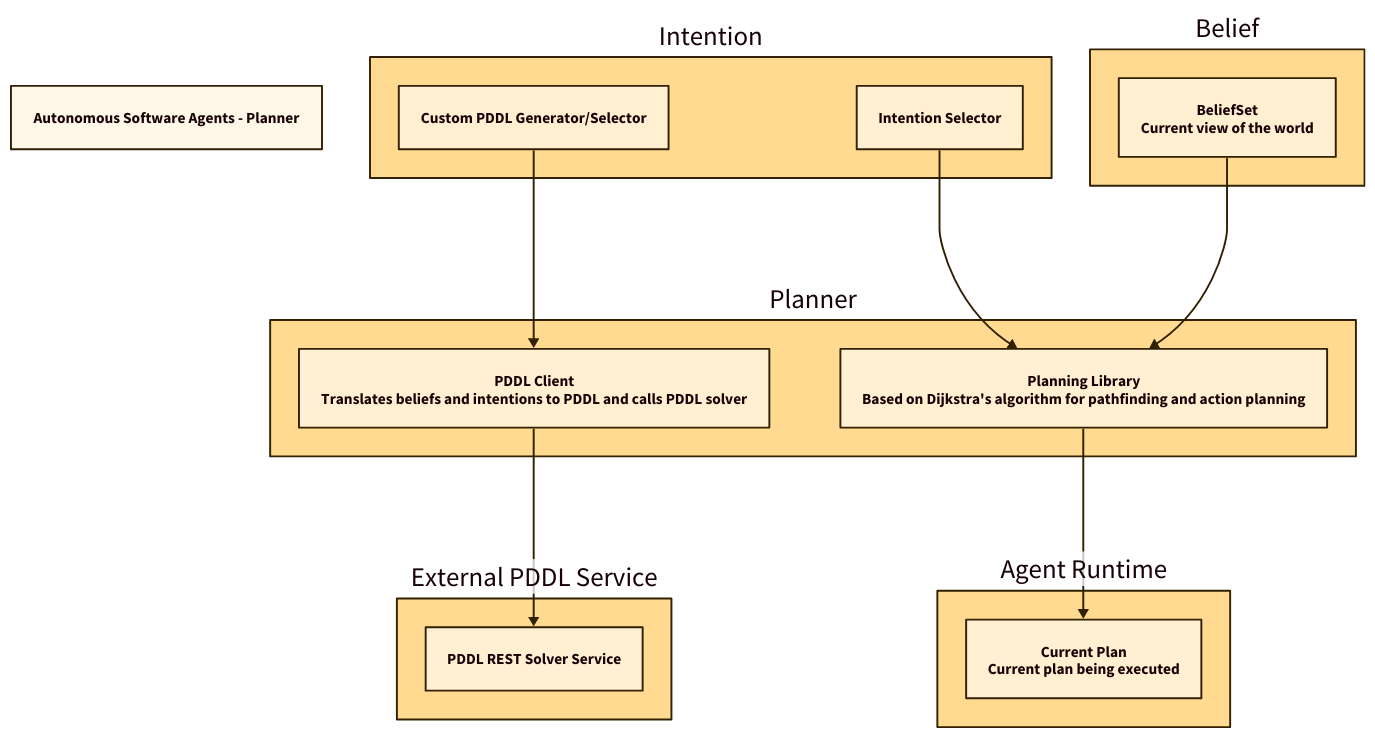
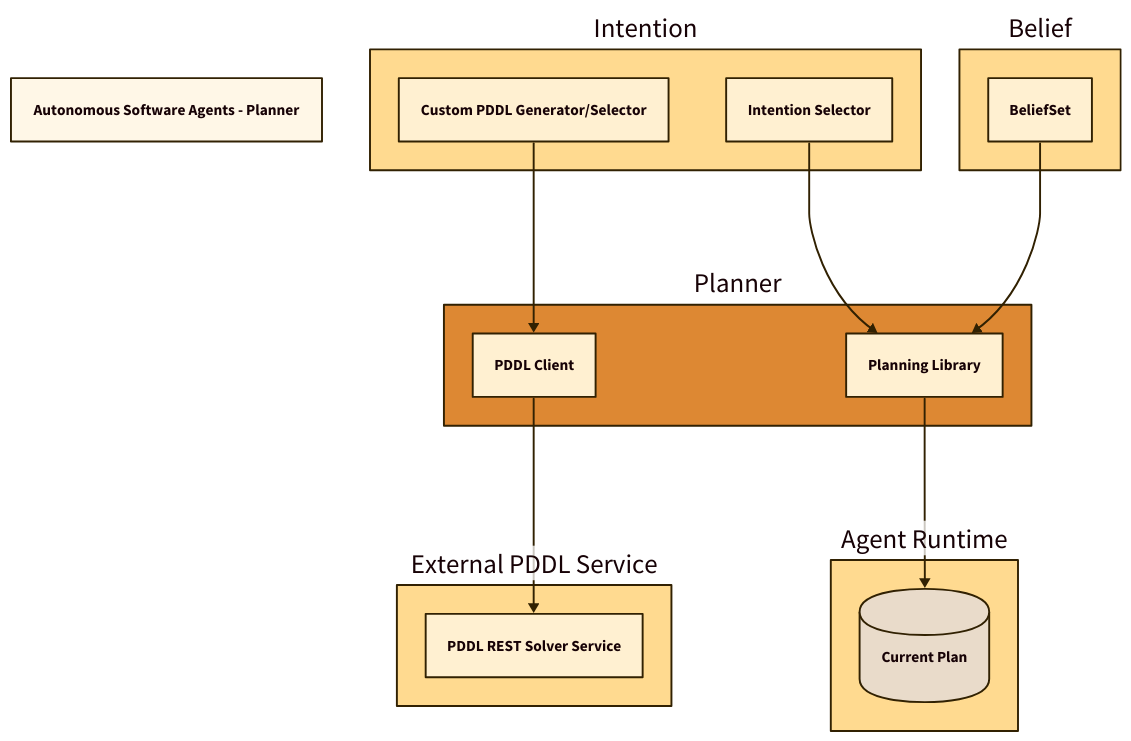
Before and after one commit to LuigiMiazzo17/unitn-autonomusSoftwareAgents: the diagram in presentation/diagrams/planner.d2, drawn with D2. The commit also changed 7 other files, not shown here. The source asks for the TALA layout; these drawings use dagre instead.

```diff
--- a/presentation/diagrams/planner.d2
+++ b/presentation/diagrams/planner.d2
@@ -1,55 +1,59 @@
 title: "Autonomous Software Agents - Planner"
 
 vars: {
   d2-config: {
     layout-engine: tala
     theme-id: 105
   }
 }
 
 pddlSolver: {
   label: "External PDDL Service"
   rest: {
     label: "PDDL REST Solver Service"
   }
 }
 
 beliefs: {
   label: "Belief"
   state: {
-    label: "BeliefSet\nCurrent view of the world"
+    label: "BeliefSet"
   }
 }
 
 agentRuntime: {
   label: "Agent Runtime"
   plan: {
-    label: "Current Plan\nCurrent plan being executed"
+    label: "Current Plan"
+    shape: cylinder
   }
 }
 
 intention: {
   label: "Intention"
   selector: {
     label: "Intention Selector"
   }
   pddl: {
     label: "Custom PDDL Generator/Selector"
   }
 }
 
 planner: {
   label: "Planner"
+  style: {
+    fill: "#dd8833"
+  }
   lib: {
-    label: "Planning Library\nBased on Dijkstra's algorithm for pathfinding and action planning"
+    label: "Planning Library"
   }
   pddl: {
-    label: "PDDL Client\nTranslates beliefs and intentions to PDDL and calls PDDL solver"
+    label: "PDDL Client"
   }
 }
 
 intention.pddl -> planner.pddl
 intention.selector -> planner.lib
 planner.pddl -> pddlSolver.rest
 planner.lib -> agentRuntime.plan
 beliefs.state -> planner.lib
```
